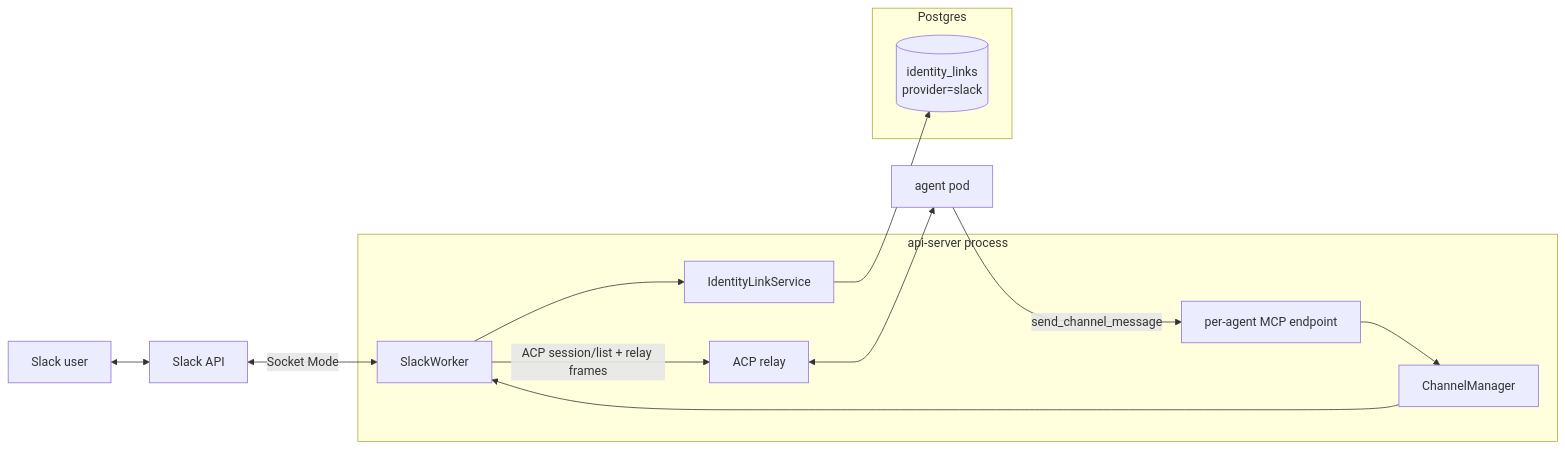
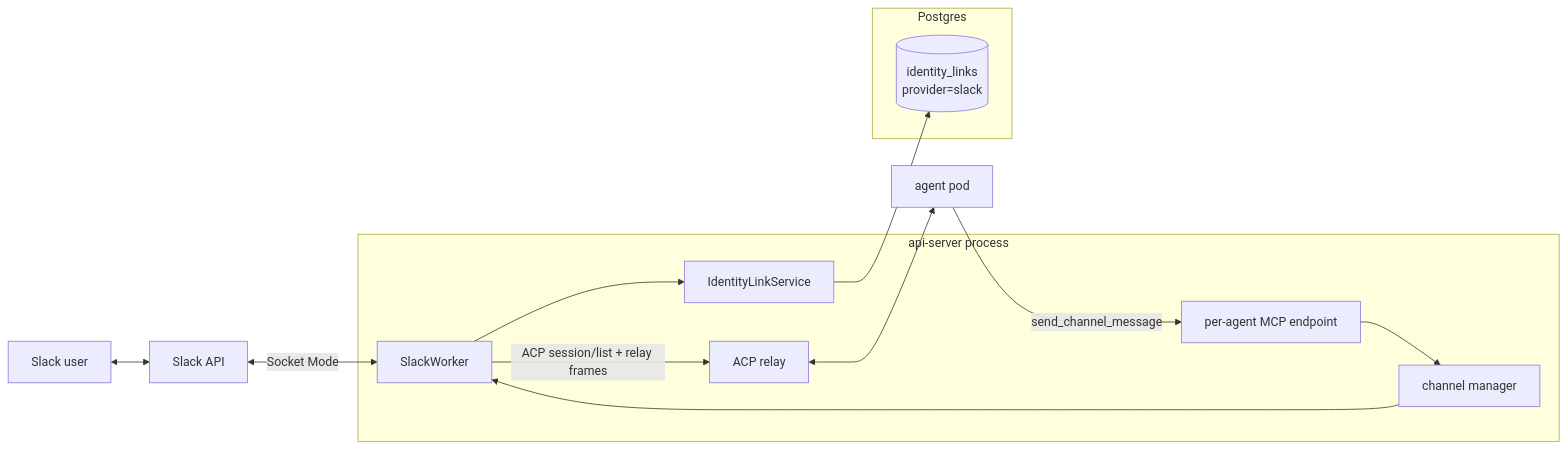
One commit to dam-agents/dam changed the first of 3 diagrams in docs/architecture/channels.md. Above: the diagram before and after it, drawn with Mermaid. The commit also changed other lines of this file and 2 other files, not shown here.

````diff
--- a/docs/architecture/channels.md
+++ b/docs/architecture/channels.md
@@ -52,29 +52,29 @@
 ```mermaid
 flowchart LR
   SU[Slack user]
   SAPI[Slack API]
 
   subgraph api-server[api-server process]
-    CM[ChannelManager]
+    CM[channel manager]
     SW[SlackWorker]
     IL[IdentityLinkService]
     MCP[per-agent MCP endpoint]
     REL[ACP relay]
   end
 
   subgraph DB[Postgres]
     LNK[(identity_links<br/>provider=slack)]
   end
 
   POD[agent pod]
 
   SU <--> SAPI
   SAPI <-- Socket Mode --> SW
   CM --> SW
   SW --> IL
   IL --> LNK
   SW -- ACP session/list + relay frames --> REL
   REL <--> POD
   POD -- send_channel_message --> MCP
   MCP --> CM
 ```
````
